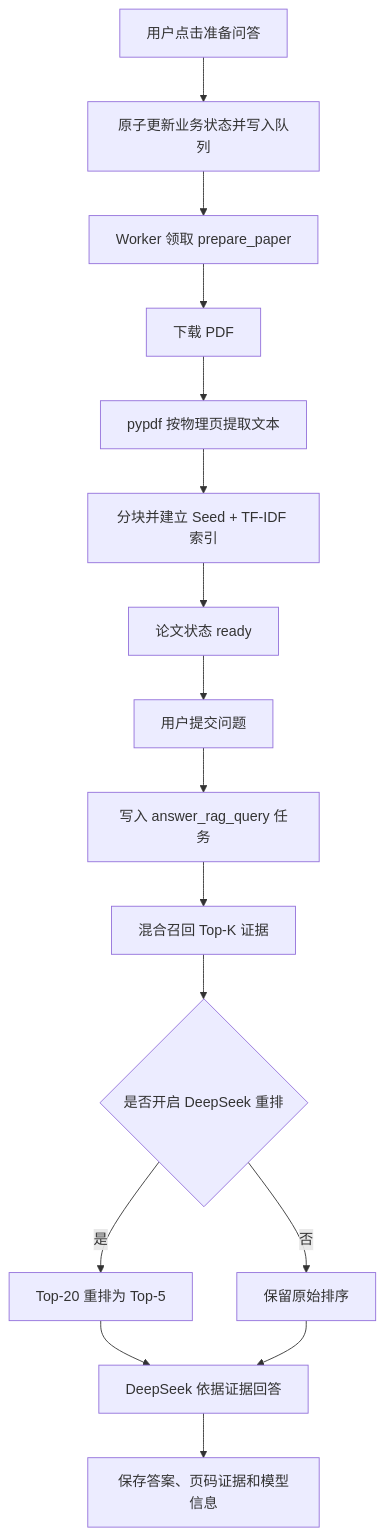
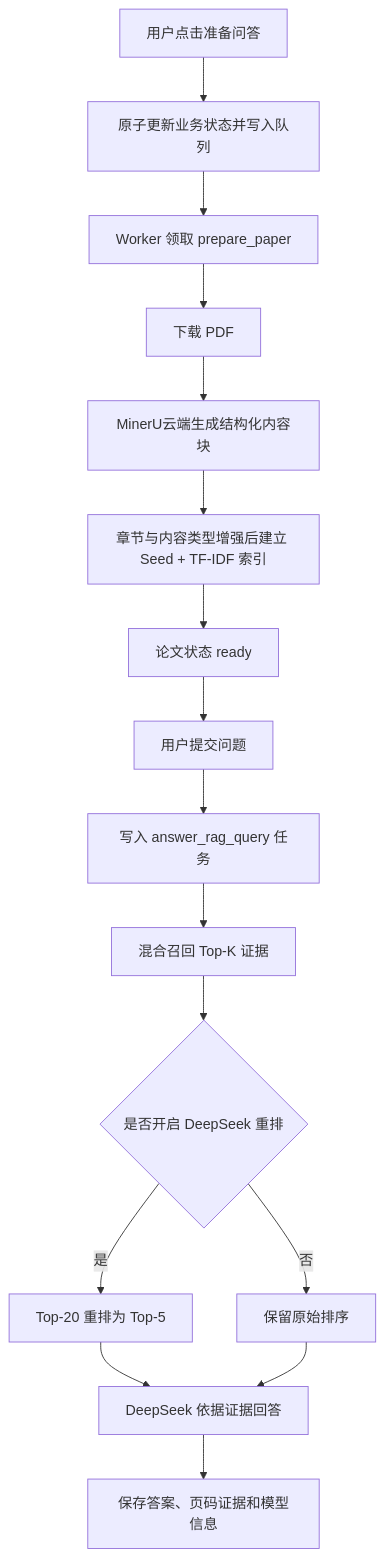
The third of 5 diagrams in PROJECT_OVERVIEW.md (a18743530603/Paper-search), drawn with Mermaid before and after one commit. The commit also changed other lines of this file and 44 other files, not shown here.

````diff
--- a/PROJECT_OVERVIEW.md
+++ b/PROJECT_OVERVIEW.md
@@ -97,18 +102,18 @@
 ```mermaid
 flowchart TD
     A[用户点击准备问答] --> B[原子更新业务状态并写入队列]
     B --> C[Worker 领取 prepare_paper]
     C --> D[下载 PDF]
-    D --> E[pypdf 按物理页提取文本]
-    E --> F[分块并建立 Seed + TF-IDF 索引]
+    D --> E[MinerU云端生成结构化内容块]
+    E --> F[章节与内容类型增强后建立 Seed + TF-IDF 索引]
     F --> G[论文状态 ready]
     G --> H[用户提交问题]
     H --> I[写入 answer_rag_query 任务]
     I --> J[混合召回 Top-K 证据]
     J --> K{是否开启 DeepSeek 重排}
     K -->|是| L[Top-20 重排为 Top-5]
     K -->|否| M[保留原始排序]
     L --> N[DeepSeek 依据证据回答]
     M --> N
     N --> O[保存答案、页码证据和模型信息]
 ```
````
